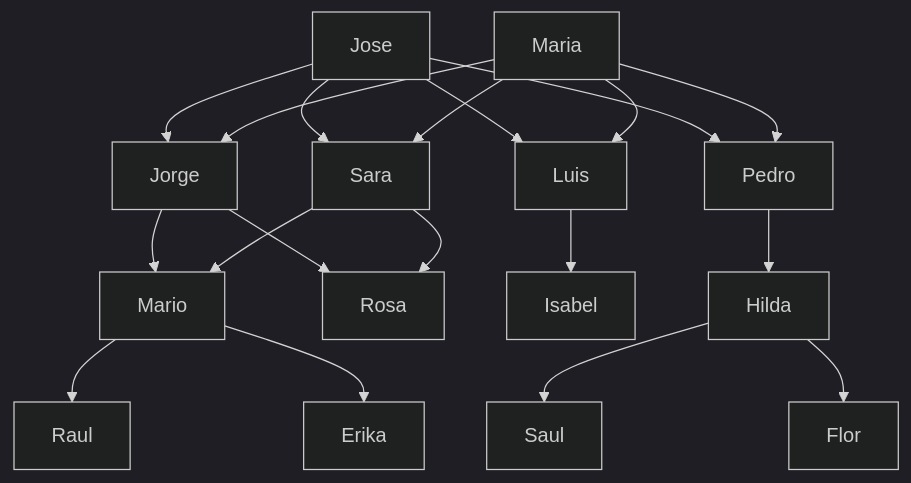
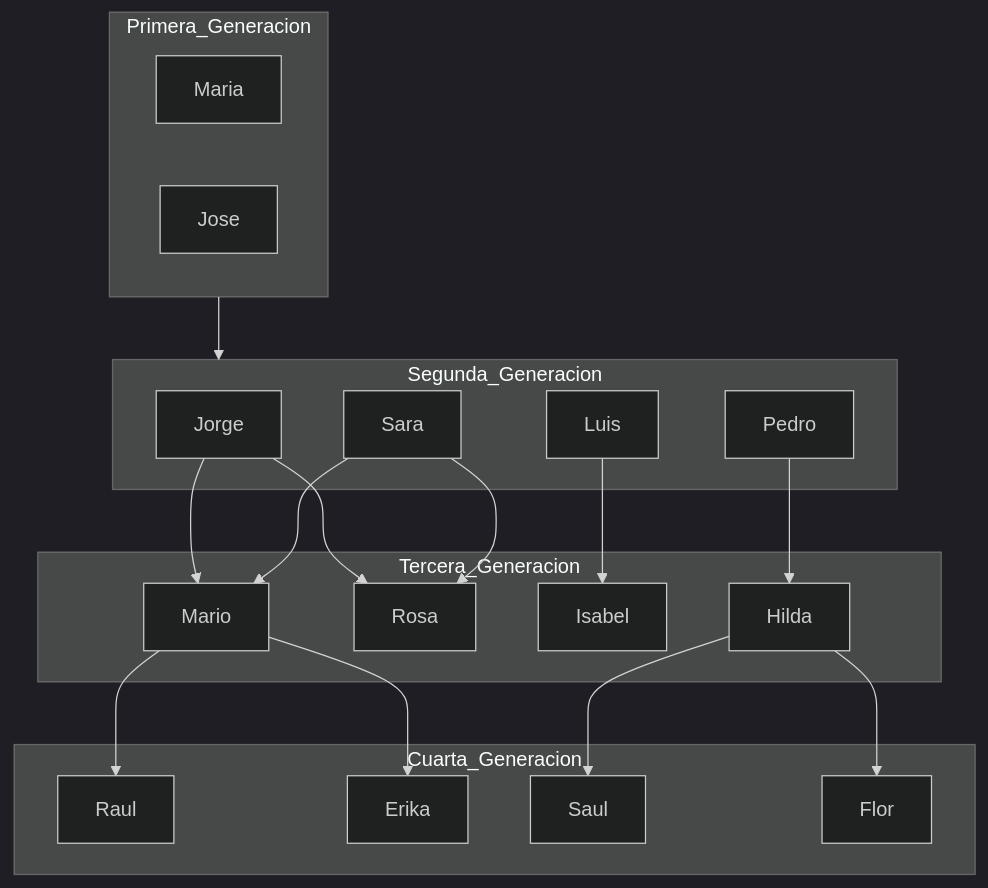
Before and after one commit to Leo-Spj/Programacion-Logica-con-Prolog: the diagram in S13/busquedaProfundidad.md, drawn with Mermaid (dark theme). The commit also changed 1 other file, not shown here.

````diff
--- a/S13/busquedaProfundidad.md
+++ b/S13/busquedaProfundidad.md
@@ -4,32 +4,36 @@
 ```mermaid
- graph TD
- 
- Maria
- Jorge
+graph TD
+    subgraph Primera_Generacion
+    Maria
+    Jose
+    end
 
- Jose --> Jorge
- Jose --> Sara
- Jose --> Luis
- Jose --> Pedro
+    subgraph Segunda_Generacion
+    Jorge
+    Sara
+    Luis
+    Pedro
+    end
 
- Maria --> Jorge
- Maria --> Sara
- Maria --> Luis
- Maria --> Pedro
+    subgraph Tercera_Generacion
+    Mario
+    Rosa
+    Isabel
+    Hilda
+    end
 
- Jorge --> Mario
- Jorge --> Rosa
- Sara --> Mario
- Sara --> Rosa
+    subgraph Cuarta_Generacion
+    Raul
+    Erika
+    Saul
+    Flor
+    end
 
- Mario --> Raul
- Mario --> Erika
-
- Luis --> Isabel
-
- Pedro --> Hilda
-
- Hilda --> Saul
- Hilda --> Flor
+    Primera_Generacion --> Segunda_Generacion
+    Jorge & Sara --> Mario & Rosa
+    Luis --> Isabel
+    Pedro --> Hilda
+    Mario --> Raul & Erika
+    Hilda --> Saul & Flor
 
 ```
````
